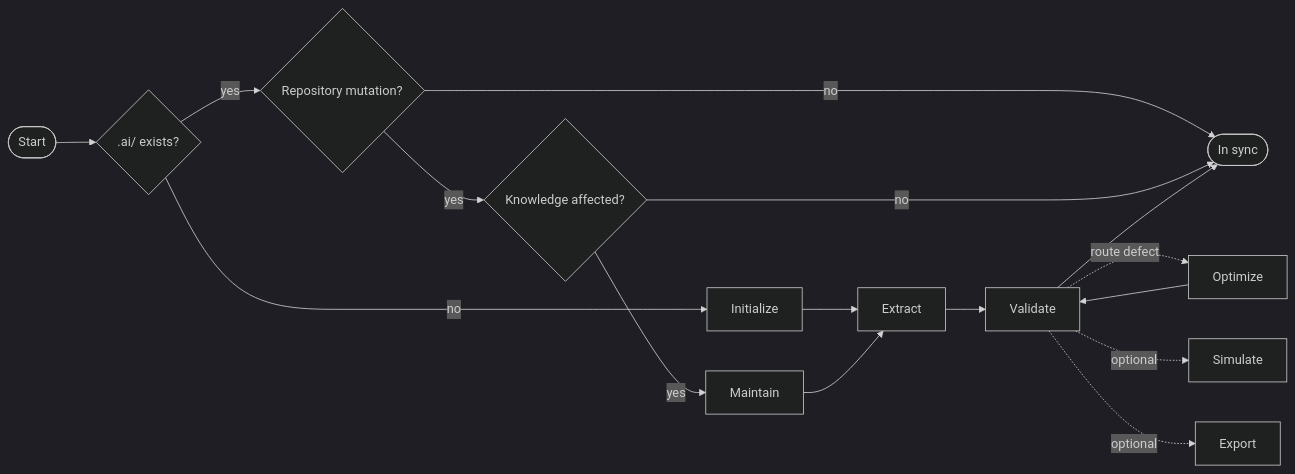
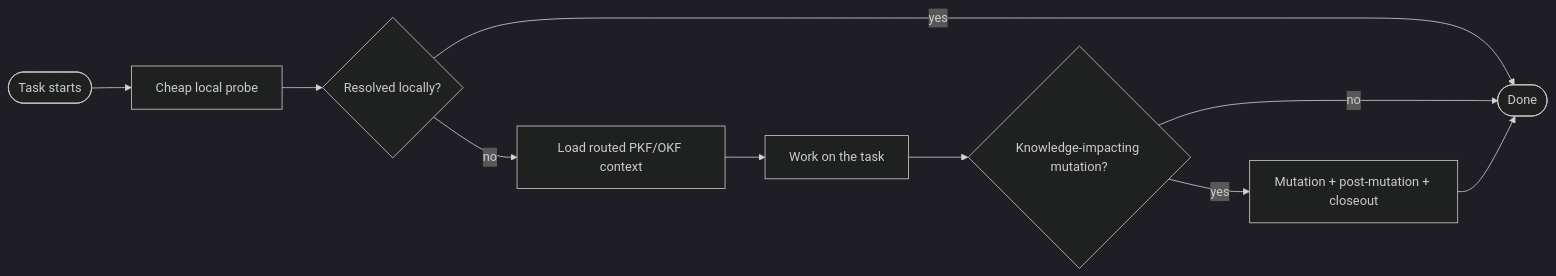
One commit to duelistraj/token-atlas changed the first of 2 diagrams in README.md. Above: the diagram before and after it, drawn with Mermaid (dark theme). The commit also changed other lines of this file, not shown here.

````diff
--- a/README.md
+++ b/README.md
@@ -124,16 +42,12 @@
 ```mermaid
 flowchart LR
-    Start([Start]) --> Exists{".ai/ exists?"}
-    Exists -- no --> Initialize
-    Exists -- yes --> Mutated{Repository mutation?}
-    Mutated -- no --> Done
-    Mutated -- yes --> Closeout{Knowledge affected?}
-    Initialize --> Extract
-    Closeout -- no --> Done
-    Closeout -- yes --> Maintain
-    Maintain --> Extract
-    Extract --> Validate --> Done([In sync])
-    Validate -. route defect .-> Optimize --> Validate
-    Validate -. optional .-> Simulate
-    Validate -. optional .-> Export
+    Start([Task starts]) --> Probe[Cheap local probe]
+    Probe --> Resolved{Resolved locally?}
+    Resolved -- yes --> Done([Done])
+    Resolved -- no --> Retrieve[Load routed PKF/OKF context]
+    Retrieve --> Work[Work on the task]
+    Work --> Mutation{Knowledge-impacting mutation?}
+    Mutation -- no --> Done
+    Mutation -- yes --> Closeout[Mutation + post-mutation + closeout]
+    Closeout --> Done
 ```
````
